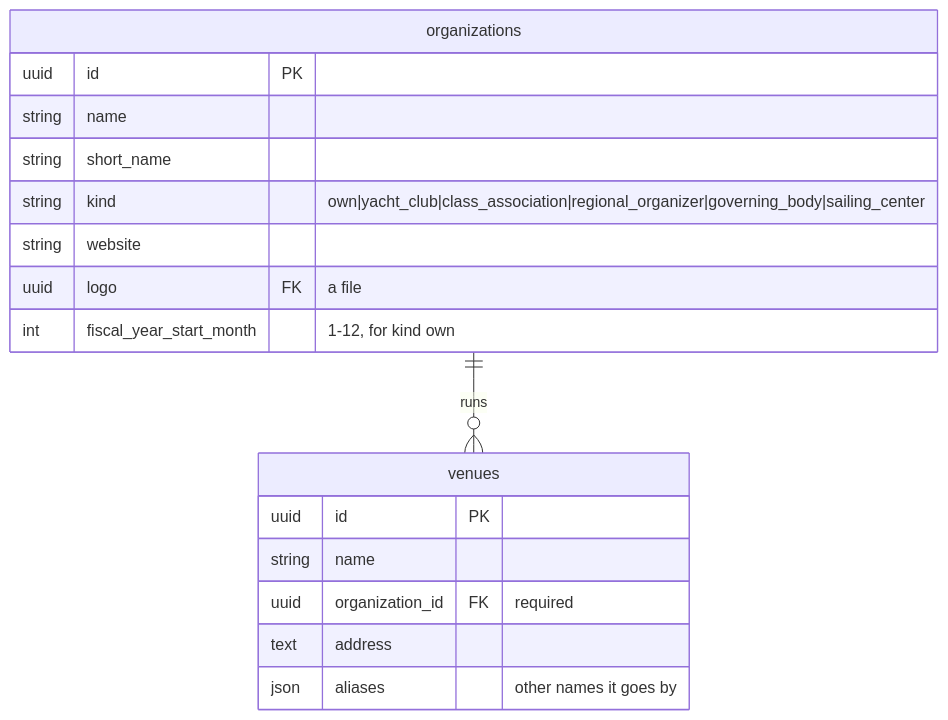
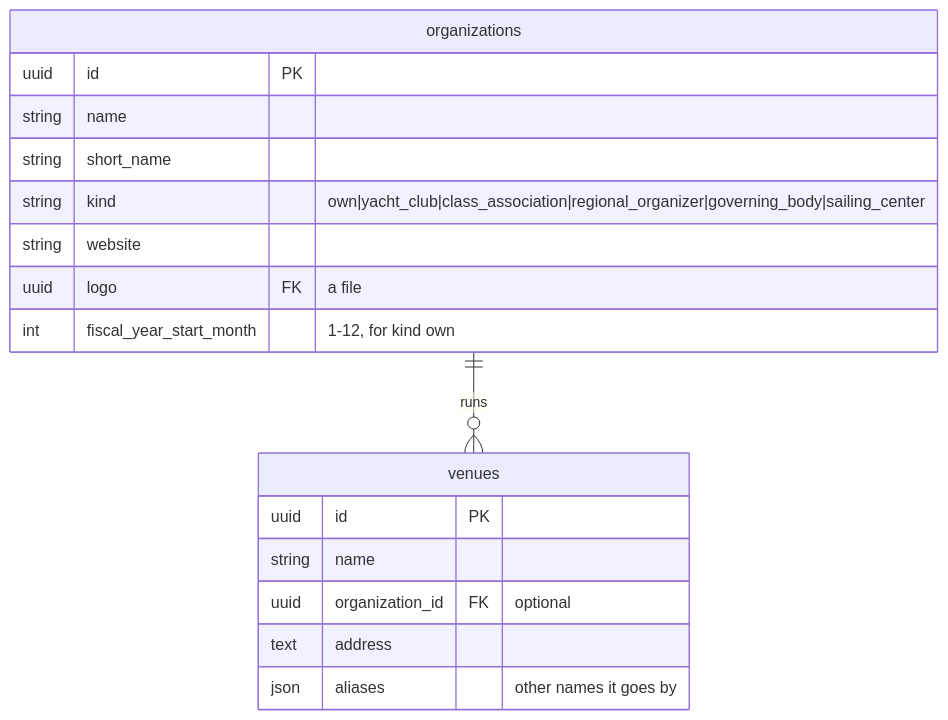
Before and after one commit to cyc-seattle/platform: the second of 7 diagrams in docs/planning-schema.md, drawn with Mermaid. The commit also changed other lines of this file and 8 other files, not shown here.

````diff
--- a/docs/planning-schema.md
+++ b/docs/planning-schema.md
@@ -133,21 +133,21 @@
 ```mermaid
 erDiagram
     organizations ||--o{ venues : runs
 
     organizations {
         uuid id PK
         string name
         string short_name
         string kind "own|yacht_club|class_association|regional_organizer|governing_body|sailing_center"
         string website
         uuid logo FK "a file"
         int fiscal_year_start_month "1-12, for kind own"
     }
     venues {
         uuid id PK
         string name
-        uuid organization_id FK "required"
+        uuid organization_id FK "optional"
         text address
         json aliases "other names it goes by"
     }
 ```
````
